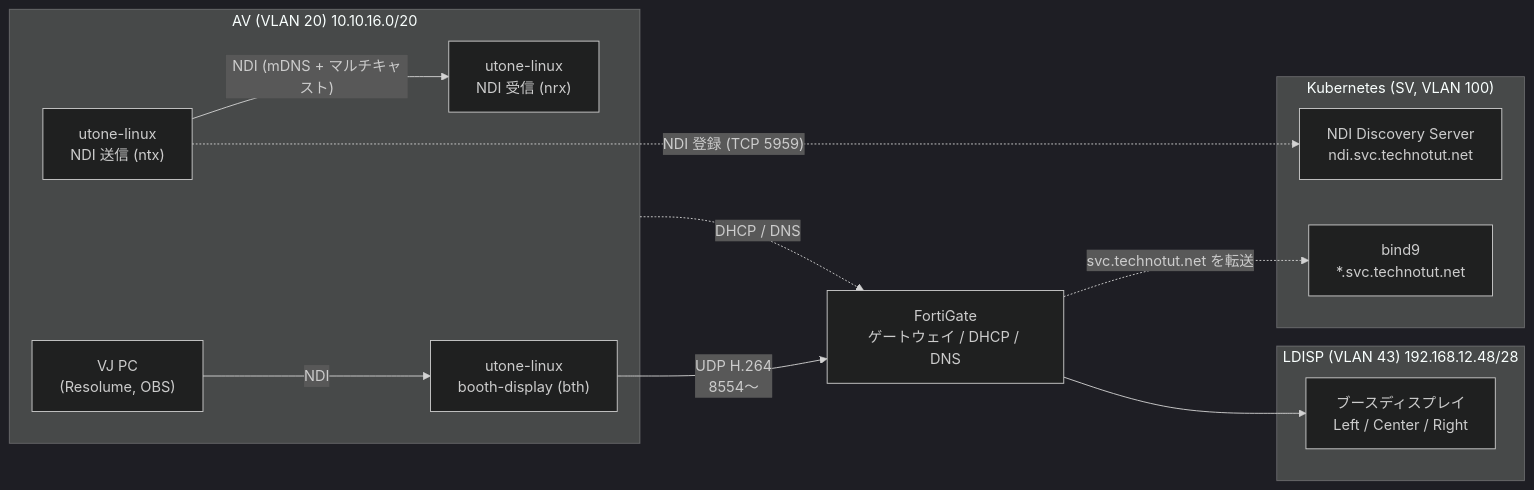
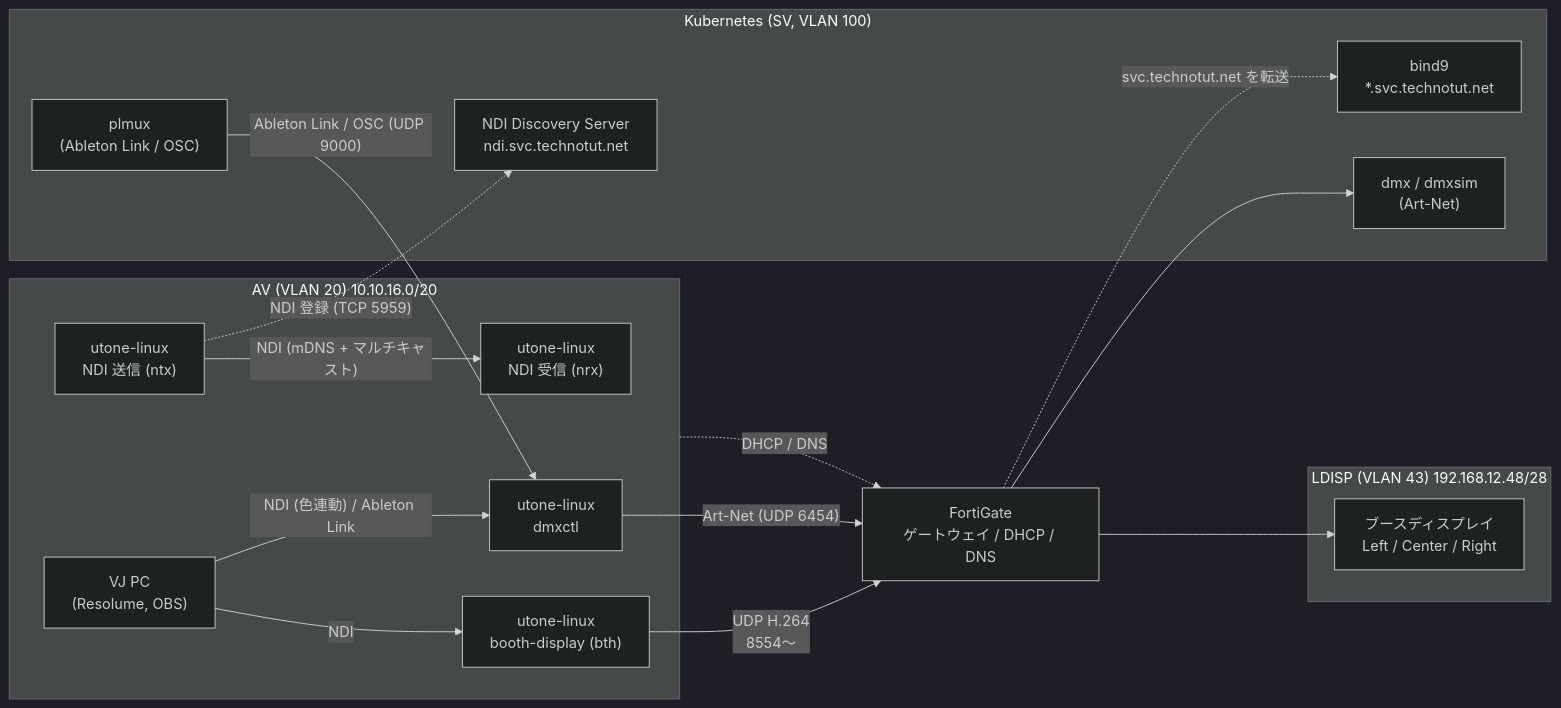
One commit to TechnoTUT/Infra changed the third of 4 diagrams in docs/content/service/utone-linux.mdx. Above: the diagram before and after it, drawn with Mermaid (dark theme). The commit also changed other lines of this file, not shown here.

Commit message:
docs(service): add dmxctl usage and network diagram to utone-linux.mdx

````diff
--- a/docs/content/service/utone-linux.mdx
+++ b/docs/content/service/utone-linux.mdx
@@ -82,23 +86,29 @@
 ```mermaid
 flowchart LR
     subgraph AV["AV (VLAN 20) 10.10.16.0/20"]
         TX["utone-linux<br/>NDI 送信 (ntx)"]
         RX["utone-linux<br/>NDI 受信 (nrx)"]
         VJ["VJ PC<br/>(Resolume, OBS)"]
         BTH["utone-linux<br/>booth-display (bth)"]
+        DMX["utone-linux<br/>dmxctl"]
     end
     subgraph LDISP["LDISP (VLAN 43) 192.168.12.48/28"]
         D1["ブースディスプレイ<br/>Left / Center / Right"]
     end
     subgraph SV["Kubernetes (SV, VLAN 100)"]
         DS["NDI Discovery Server<br/>ndi.svc.technotut.net"]
         DNS["bind9<br/>*.svc.technotut.net"]
+        PLMUX["plmux<br/>(Ableton Link / OSC)"]
+        DMXSVC["dmx / dmxsim<br/>(Art-Net)"]
     end
     FG["FortiGate<br/>ゲートウェイ / DHCP / DNS"]
 
     TX -- "NDI (mDNS + マルチキャスト)" --> RX
     VJ -- NDI --> BTH
+    VJ -- "NDI (色連動) / Ableton Link" --> DMX
     BTH -- "UDP H.264<br/>8554〜" --> FG --> D1
     TX -. "NDI 登録 (TCP 5959)" .-> DS
+    PLMUX -- "Ableton Link / OSC (UDP 9000)" --> DMX
+    DMX -- "Art-Net (UDP 6454)" --> FG --> DMXSVC
     AV -. DHCP / DNS .-> FG -. "svc.technotut.net を転送" .-> DNS
 ```
````
